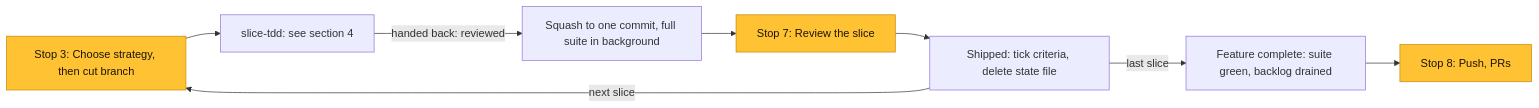
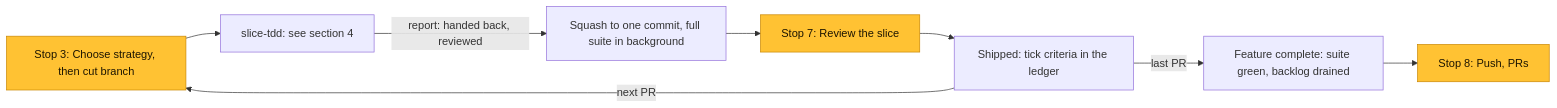
The fourth of 6 diagrams in docs/workflow.md (josephgee/agent-tools), drawn with Mermaid before and after one commit. The commit also changed other lines of this file and 22 other files, not shown here.

````diff
--- a/docs/workflow.md
+++ b/docs/workflow.md
@@ -60,12 +64,12 @@
 ```mermaid
 flowchart LR
   choose["Stop 3: Choose strategy, then cut branch"]:::you --> tdd["slice-tdd: see section 4"]
-  tdd -->|handed back: reviewed| squash["Squash to one commit, full suite in background"]
+  tdd -->|report: handed back, reviewed| squash["Squash to one commit, full suite in background"]
   squash --> review["Stop 7: Review the slice"]:::you
-  review --> shipped["Shipped: tick criteria, delete state file"]
-  shipped -->|next slice| choose
-  shipped -->|last slice| complete["Feature complete: suite green, backlog drained"]
+  review --> shipped["Shipped: tick criteria in the ledger"]
+  shipped -->|next PR| choose
+  shipped -->|last PR| complete["Feature complete: suite green, backlog drained"]
   complete --> push["Stop 8: Push, PRs"]:::you
 
   classDef you fill:#ffc233,stroke:#c98600,color:#1d1500
 ```
````
